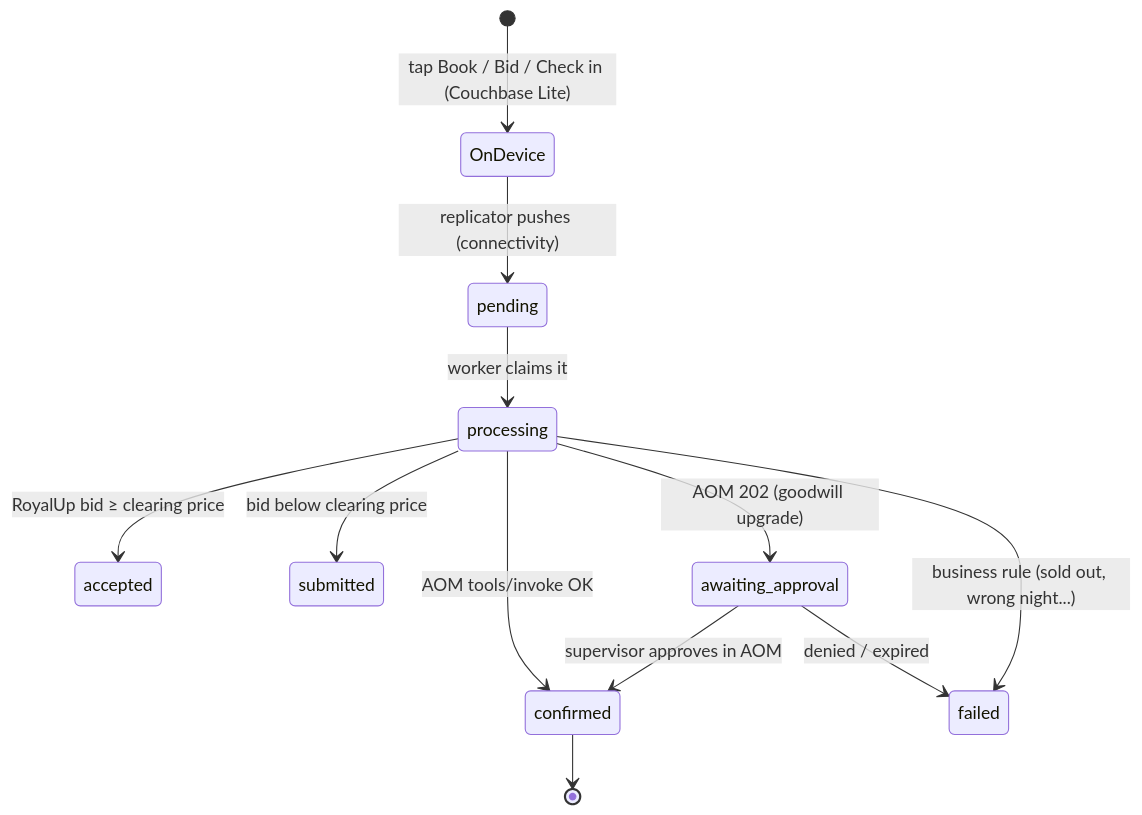
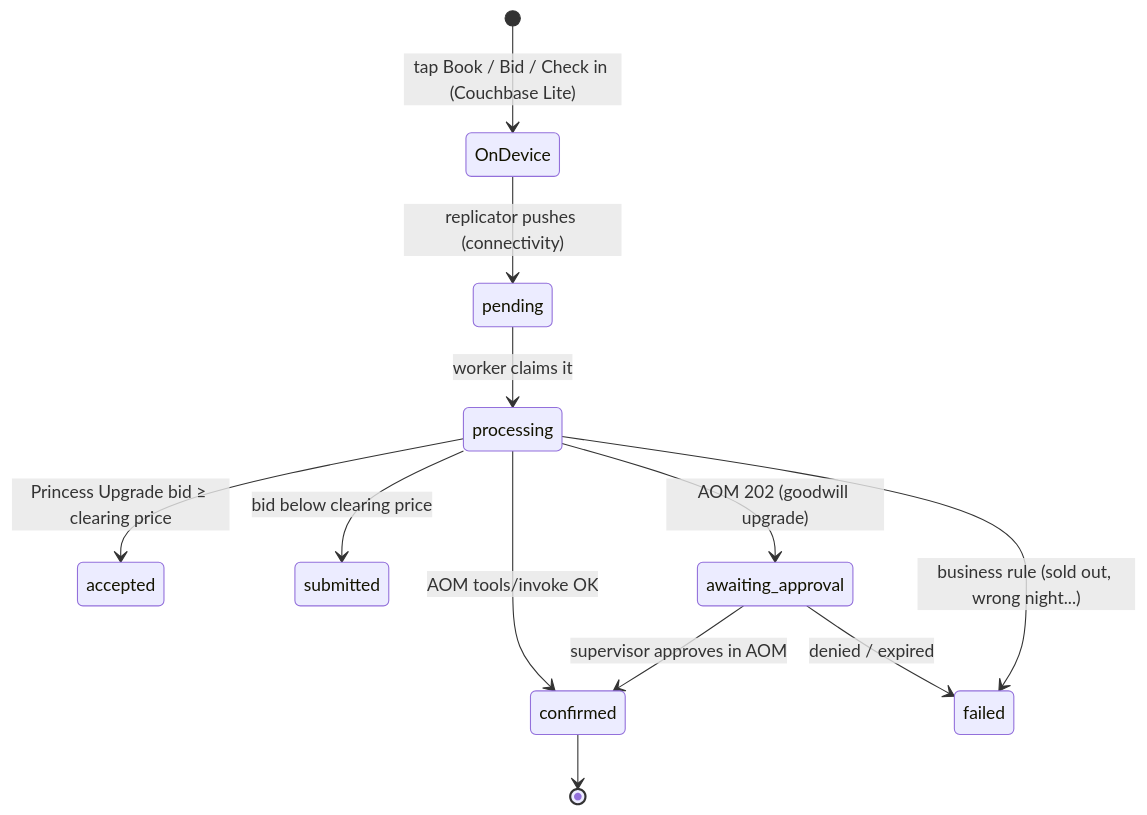
The third of 3 diagrams in README.md (Couchbase-Field-Engineering/princess-mobile-rag-personalization-demo), drawn with Mermaid before and after one commit. The commit also changed other lines of this file and 95 other files, not shown here.

````diff
--- a/README.md
+++ b/README.md
@@ -141,14 +153,14 @@
 ```mermaid
 stateDiagram-v2
   [*] --> OnDevice: tap Book / Bid / Check in (Couchbase Lite)
   OnDevice --> pending: replicator pushes (connectivity)
   pending --> processing: worker claims it
   processing --> confirmed: AOM tools/invoke OK
-  processing --> accepted: RoyalUp bid ≥ clearing price
+  processing --> accepted: Princess Upgrade bid ≥ clearing price
   processing --> submitted: bid below clearing price
   processing --> awaiting_approval: AOM 202 (goodwill upgrade)
   awaiting_approval --> confirmed: supervisor approves in AOM
   awaiting_approval --> failed: denied / expired
   processing --> failed: business rule (sold out, wrong night...)
   confirmed --> [*]
 ```
````
